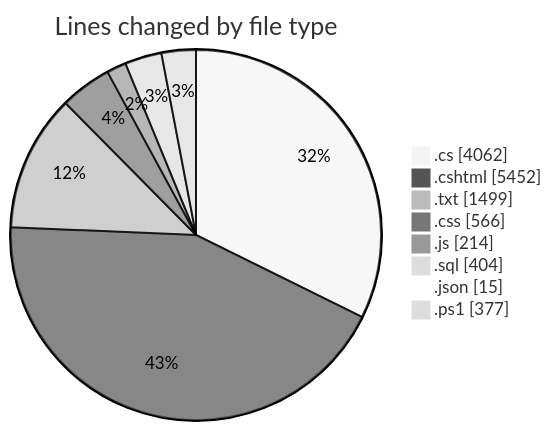
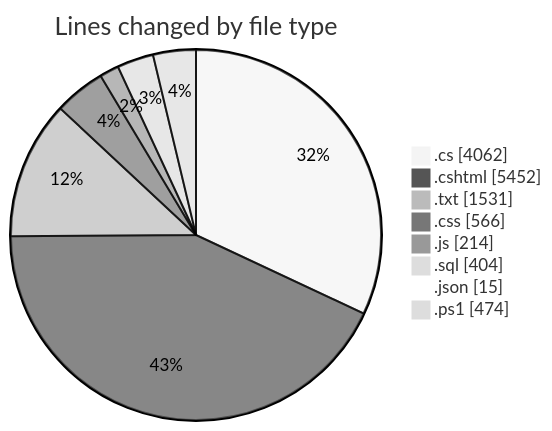
One commit to lephambinh05/code-tracking changed the first of 2 diagrams in 2025-07-28/quanlyrapchieuphim-1/README.md. Above: the diagram before and after it, drawn with Mermaid (neutral theme). The commit also changed other lines of this file and 1 other file, not shown here.

````diff
--- a/2025-07-28/quanlyrapchieuphim-1/README.md
+++ b/2025-07-28/quanlyrapchieuphim-1/README.md
@@ -57,12 +59,12 @@
 ```mermaid
 pie showData
 title Lines changed by file type
 ".cs" : 4062
 ".cshtml" : 5452
-".txt" : 1499
+".txt" : 1531
 ".css" : 566
 ".js" : 214
 ".sql" : 404
 ".json" : 15
-".ps1" : 377
+".ps1" : 474
 ```
````
